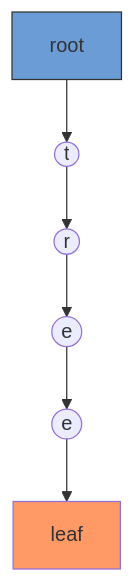
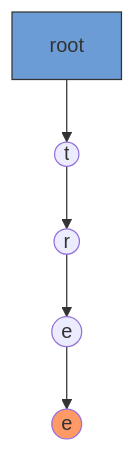
One commit to progcompuc/IIC2553-2022-2 changed the second of 4 diagrams in docs/notes/strings/trie_string.md. Above: the diagram before and after it, drawn with Mermaid. The commit also changed other lines of this file, not shown here.

````diff
--- a/docs/notes/strings/trie_string.md
+++ b/docs/notes/strings/trie_string.md
@@ -28,12 +32,11 @@
 ``` mermaid
 graph TD
     A[root] --> B((t))
     B --> C((r))
     C --> D((e))
     D --> E((e))
-    E --> F[leaf]
-    F:::leaf
+    E:::leaf
 
 style A fill:#6b9cd5,stroke:#333
 classDef leaf fill:#f96;
 ```
````
